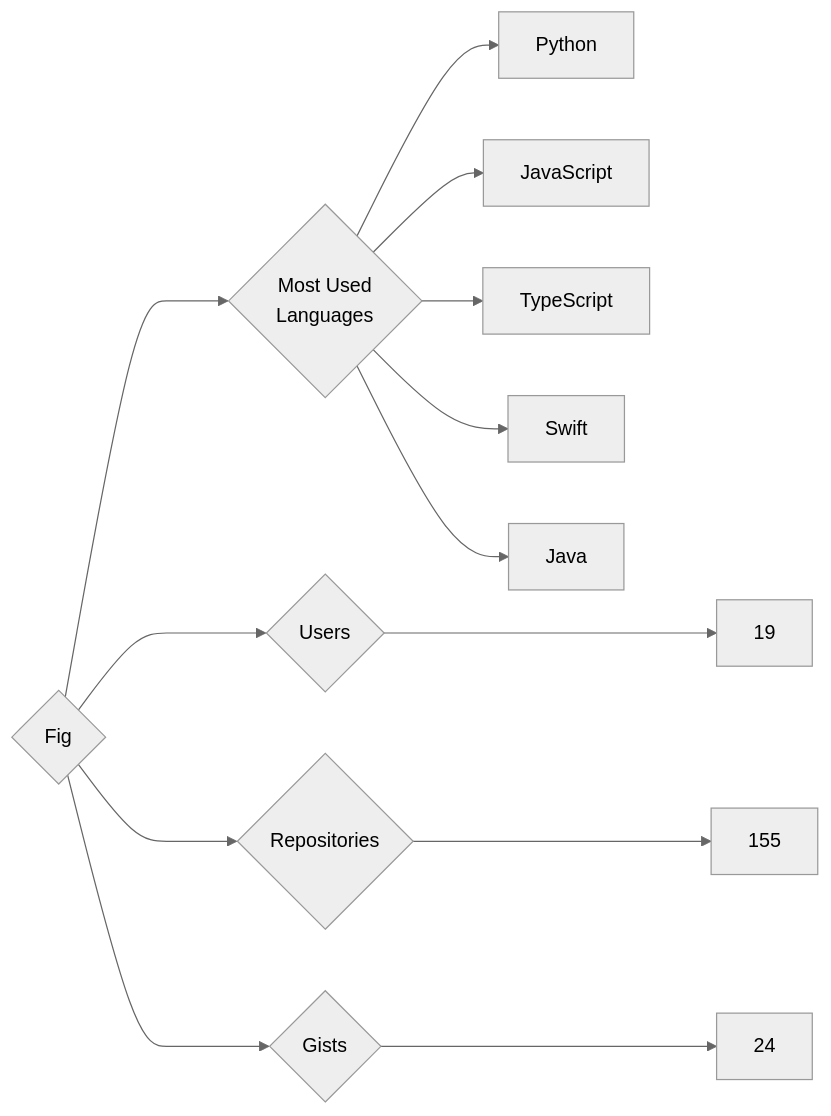
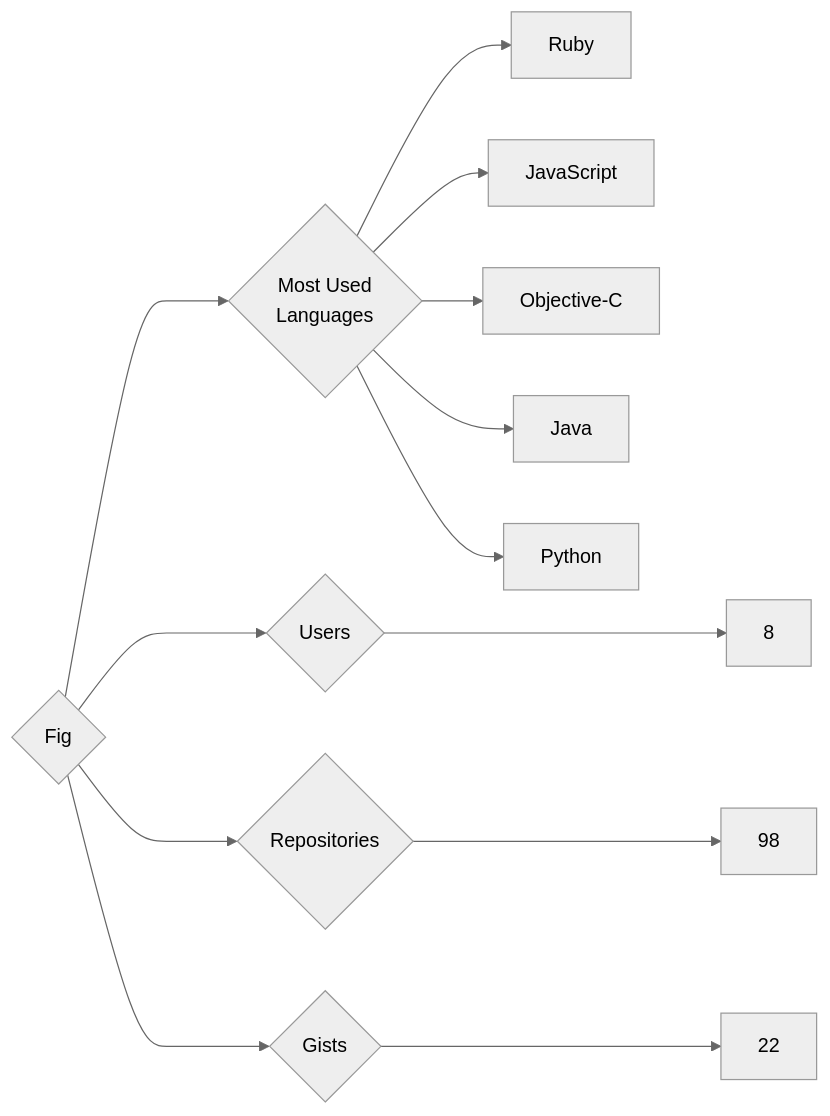
One commit to trickest/insiders changed the diagram in targets/Fig/README.md. Above: the diagram before and after it, drawn with Mermaid (neutral theme). The commit also changed 944 other files, not shown here.

````diff
--- a/targets/Fig/README.md
+++ b/targets/Fig/README.md
@@ -3,13 +3,13 @@
 ```mermaid
 graph LR
 COMPANY_NAME{Fig}
-COMPANY_NAME ---> U{Users} ---> UN[19]
-COMPANY_NAME ---> R{Repositories} ---> RN[155]
-COMPANY_NAME ---> G{Gists} ---> GN[24]
+COMPANY_NAME ---> U{Users} ---> UN[8]
+COMPANY_NAME ---> R{Repositories} ---> RN[98]
+COMPANY_NAME ---> G{Gists} ---> GN[22]
 COMPANY_NAME ---> ML{Most Used<br>Languages}
+ML --> Ruby[Ruby]
+ML --> JavaScript[JavaScript]
+ML --> Objective-C[Objective-C]
+ML --> Java[Java]
 ML --> Python[Python]
-ML --> JavaScript[JavaScript]
-ML --> TypeScript[TypeScript]
-ML --> Swift[Swift]
-ML --> Java[Java]
 ```
````
